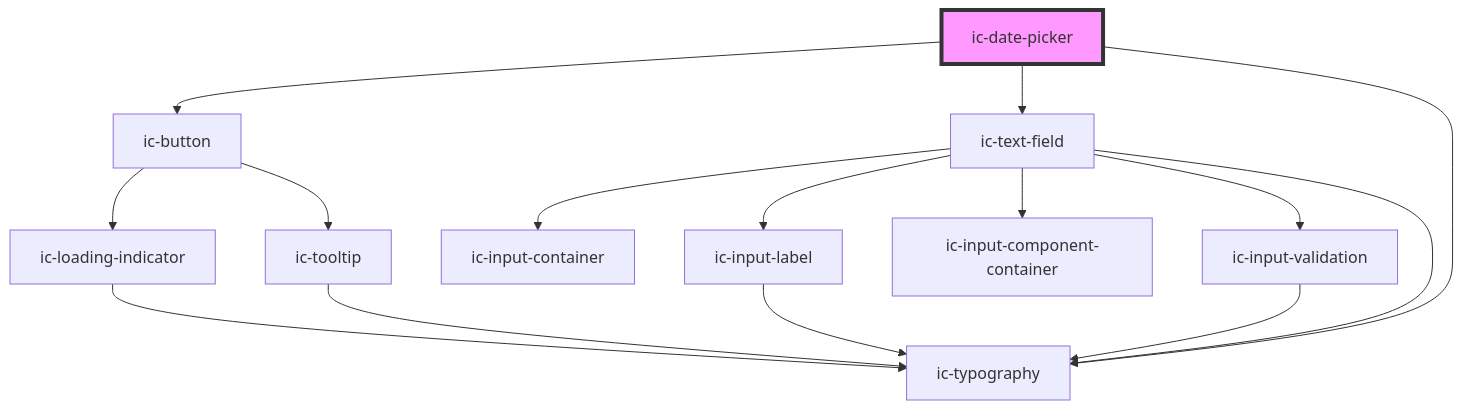
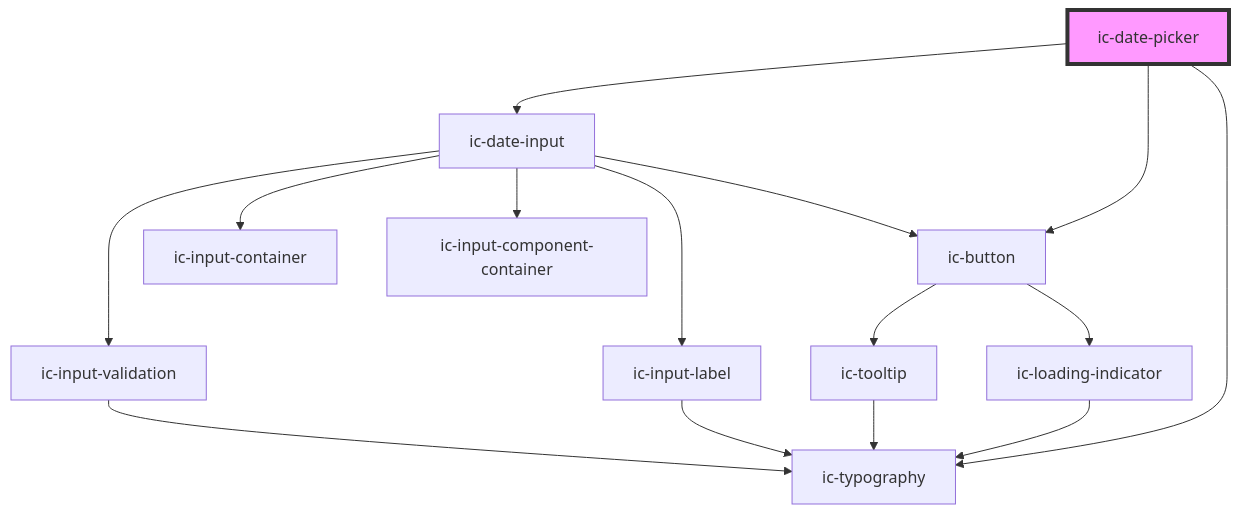
One commit to mi6/ic-ui-kit changed the diagram in packages/web-components/src/components/ic-date-picker/readme.md. Above: the diagram before and after it, drawn with Mermaid. The commit also changed other lines of this file and 26 other files, not shown here.

````diff
--- a/packages/web-components/src/components/ic-date-picker/readme.md
+++ b/packages/web-components/src/components/ic-date-picker/readme.md
@@ -32,18 +54,18 @@
 ```mermaid
 graph TD;
   ic-date-picker --> ic-button
-  ic-date-picker --> ic-text-field
+  ic-date-picker --> ic-date-input
   ic-date-picker --> ic-typography
   ic-button --> ic-loading-indicator
   ic-button --> ic-tooltip
   ic-loading-indicator --> ic-typography
   ic-tooltip --> ic-typography
-  ic-text-field --> ic-input-container
-  ic-text-field --> ic-input-label
-  ic-text-field --> ic-input-component-container
-  ic-text-field --> ic-input-validation
-  ic-text-field --> ic-typography
+  ic-date-input --> ic-input-container
+  ic-date-input --> ic-input-label
+  ic-date-input --> ic-input-component-container
+  ic-date-input --> ic-button
+  ic-date-input --> ic-input-validation
   ic-input-label --> ic-typography
   ic-input-validation --> ic-typography
   style ic-date-picker fill:#f9f,stroke:#333,stroke-width:4px
 ```
````
